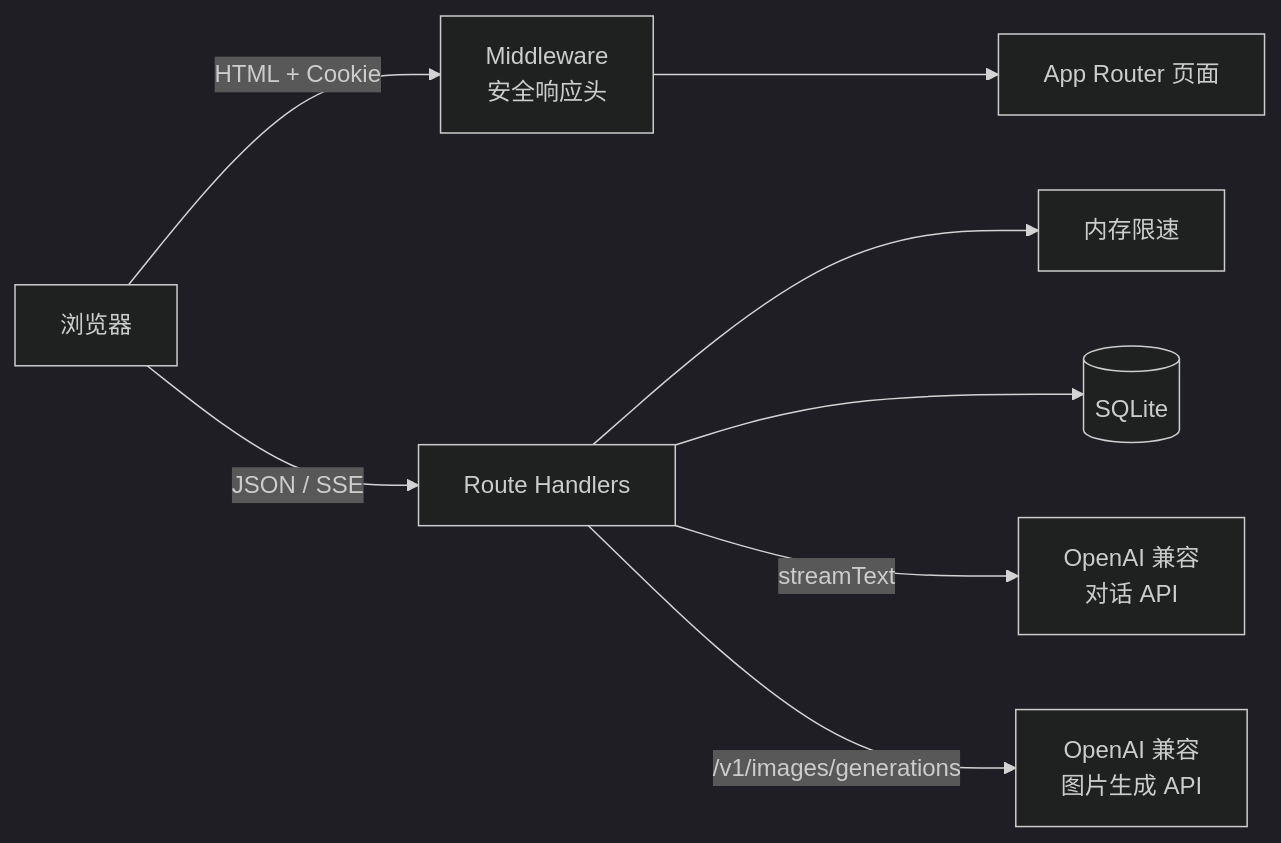
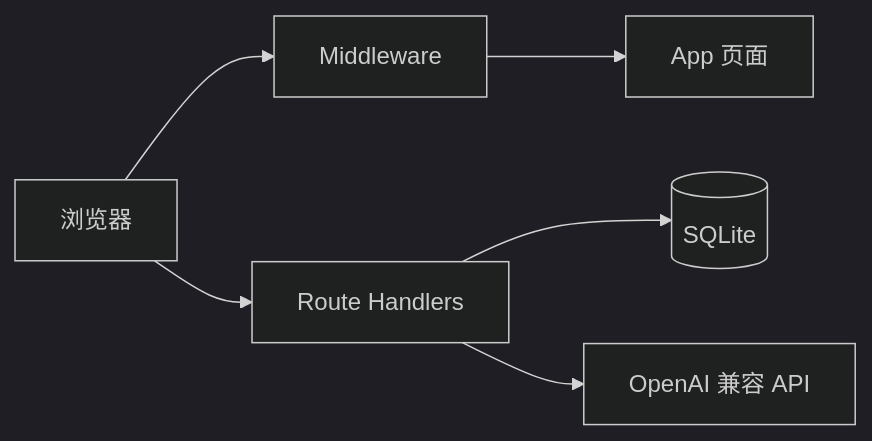
One commit to ycvenopyer/iTip changed the first of 2 diagrams in docs/ARCHITECTURE.md. Above: the diagram before and after it, drawn with Mermaid (dark theme). The commit also changed other lines of this file and 6 other files, not shown here.

````diff
--- a/docs/ARCHITECTURE.md
+++ b/docs/ARCHITECTURE.md
@@ -34,19 +34,14 @@
 ```mermaid
 flowchart LR
   Browser[浏览器]
-  MW[Middleware<br/>安全响应头]
-  Pages[App Router 页面]
+  MW[Middleware]
+  Pages[App 页面]
   API[Route Handlers]
-  RL[内存限速]
   DB[(SQLite)]
-  LLM[OpenAI 兼容<br/>对话 API]
-  IMG[OpenAI 兼容<br/>图片生成 API]
+  LLM[OpenAI 兼容 API]
 
-  Browser -->|HTML + Cookie| MW
-  MW --> Pages
-  Browser -->|JSON / SSE| API
-  API --> RL
+  Browser --> MW --> Pages
+  Browser --> API
   API --> DB
-  API -->|streamText| LLM
-  API -->|/v1/images/generations| IMG
+  API --> LLM
 ```
````
